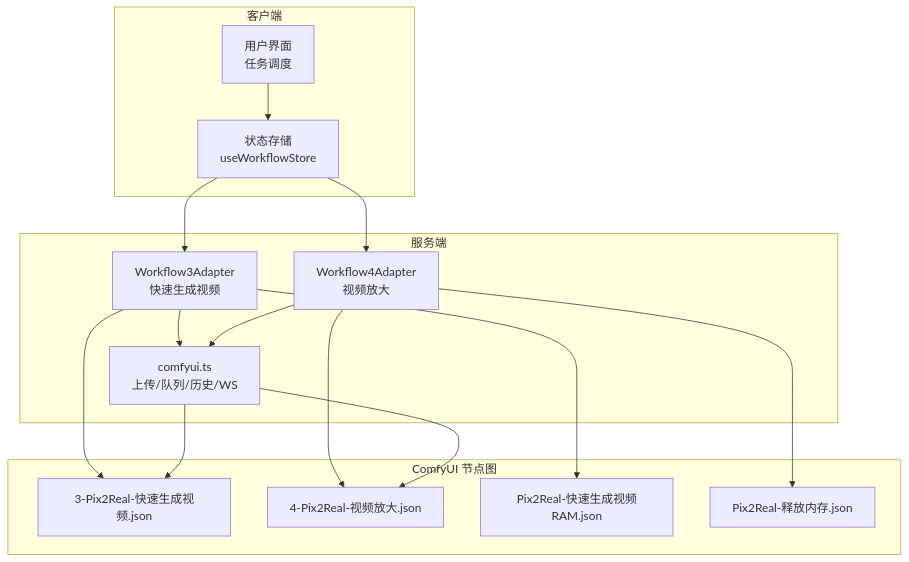
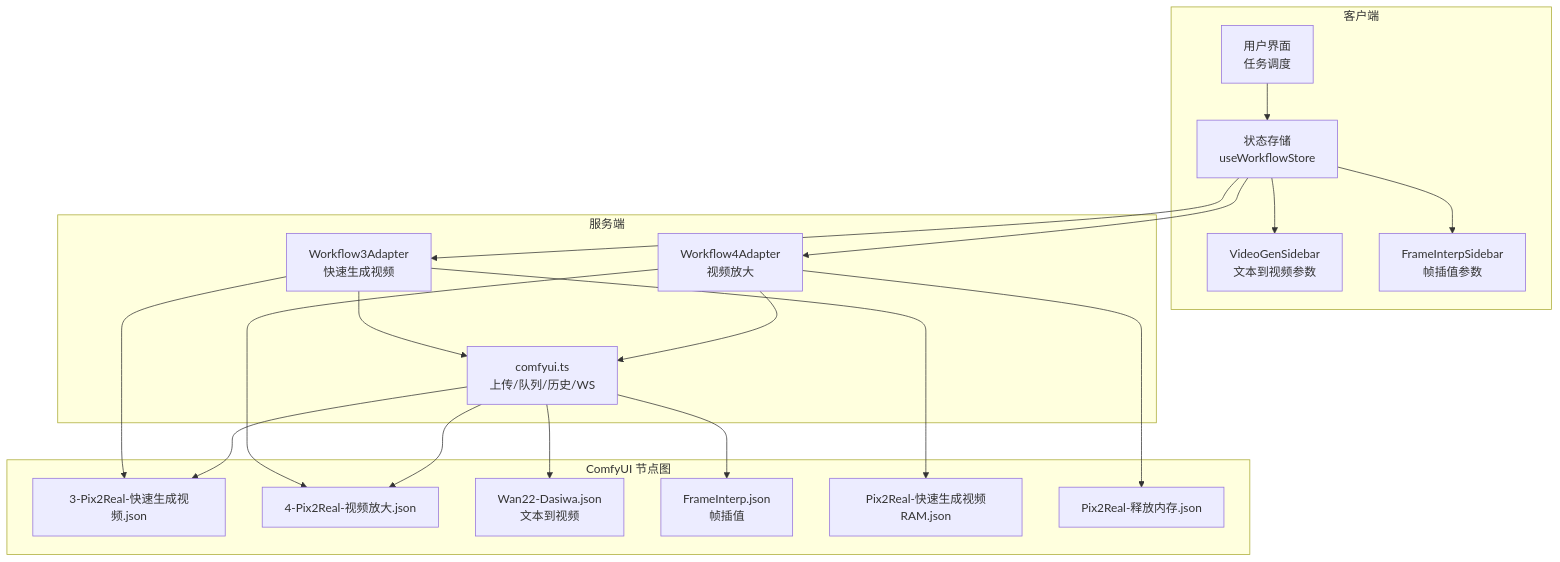
Before and after one commit to billye220670/CorineKit_Pix2Real: the first of 8 diagrams in .qoder/repowiki/zh/content/视频处理工作流.md, drawn with Mermaid. The commit also changed other lines of this file and 11 other files, not shown here.

````diff
--- a/.qoder/repowiki/zh/content/视频处理工作流.md
+++ b/.qoder/repowiki/zh/content/视频处理工作流.md
@@ -37,29 +53,37 @@
 ```mermaid
 graph TB
 subgraph "客户端"
 UI["用户界面<br/>任务调度"]
 Store["状态存储<br/>useWorkflowStore"]
+VideoGen["VideoGenSidebar<br/>文本到视频参数"]
+FrameInterp["FrameInterpSidebar<br/>帧插值参数"]
 end
 subgraph "服务端"
 Adapter3["Workflow3Adapter<br/>快速生成视频"]
 Adapter4["Workflow4Adapter<br/>视频放大"]
 Comfy["comfyui.ts<br/>上传/队列/历史/WS"]
 end
 subgraph "ComfyUI 节点图"
 WF3["3-Pix2Real-快速生成视频.json"]
 WF4["4-Pix2Real-视频放大.json"]
+Dasiwa["Wan22-Dasiwa.json<br/>文本到视频"]
+FrameInt["FrameInterp.json<br/>帧插值"]
 RAM["Pix2Real-快速生成视频RAM.json"]
 MEM["Pix2Real-释放内存.json"]
 end
 UI --> Store
+Store --> VideoGen
+Store --> FrameInterp
 Store --> Adapter3
 Store --> Adapter4
 Adapter3 --> WF3
 Adapter4 --> WF4
 Adapter3 --> RAM
 Adapter4 --> MEM
 Adapter3 --> Comfy
 Adapter4 --> Comfy
 Comfy --> WF3
 Comfy --> WF4
+Comfy --> Dasiwa
+Comfy --> FrameInt
 ```
````
